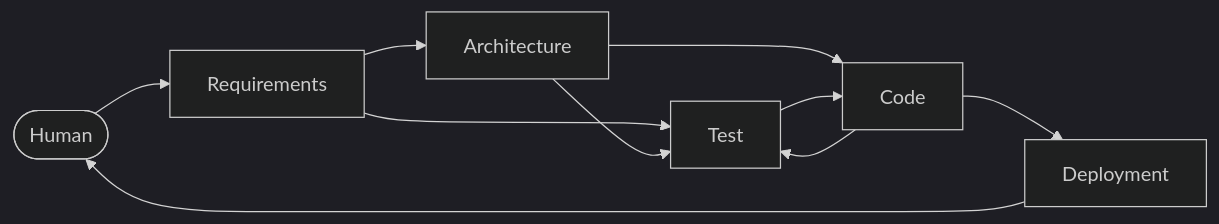
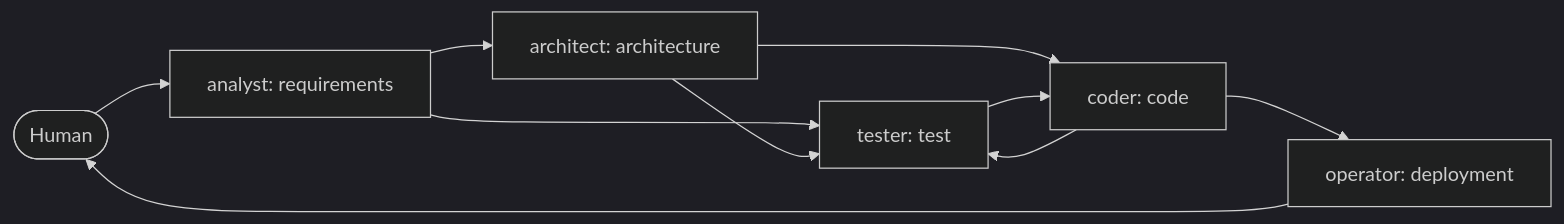
Before and after one commit to ChBrain/KAAL: the diagram in DESIGN.md, drawn with Mermaid (dark theme). The commit also changed other lines of this file, not shown here.

````diff
--- a/DESIGN.md
+++ b/DESIGN.md
@@ -24,12 +204,12 @@
 ```mermaid
 flowchart LR
   H([Human]) --> R
-  R[Requirements] --> A[Architecture]
-  R --> T[Test]
+  R[analyst: requirements] --> A[architect: architecture]
+  R --> T[tester: test]
   A --> T
-  A --> C[Code]
+  A --> C[coder: code]
   T --> C
   C --> T
-  C --> D[Deployment]
+  C --> D[operator: deployment]
   D --> H
 ```
````
